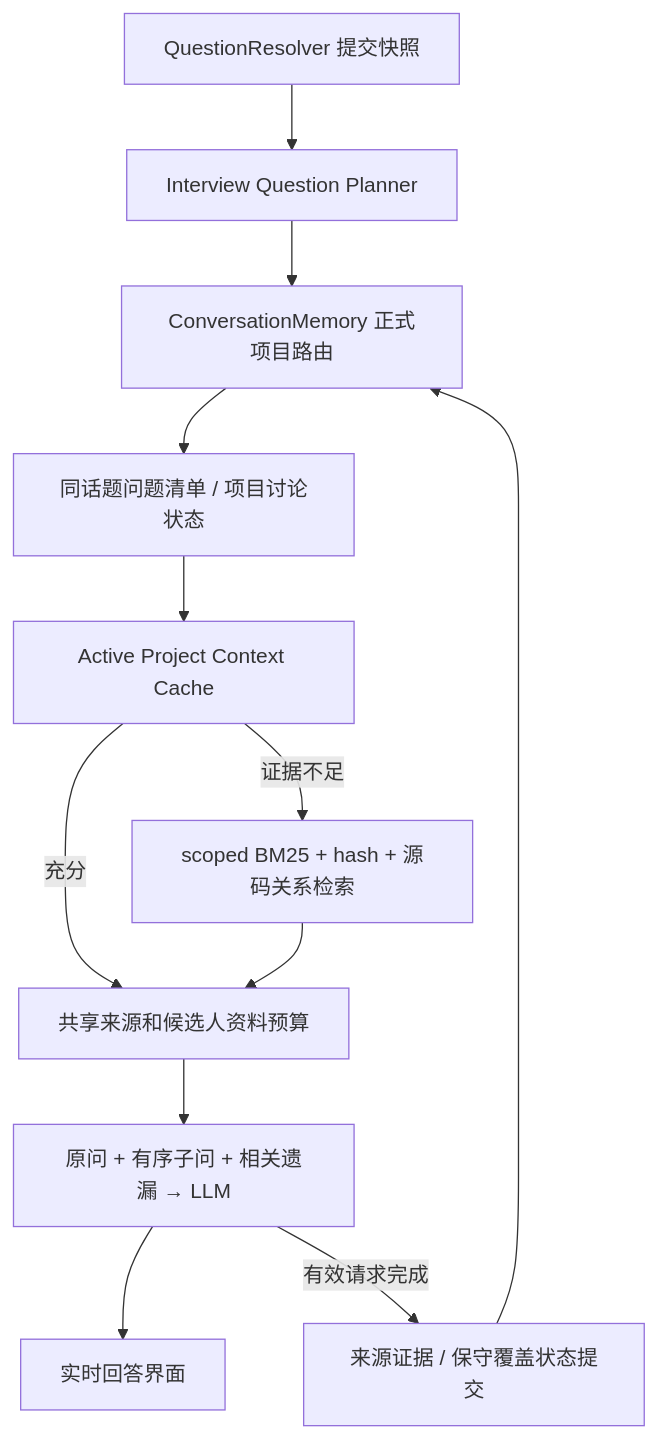
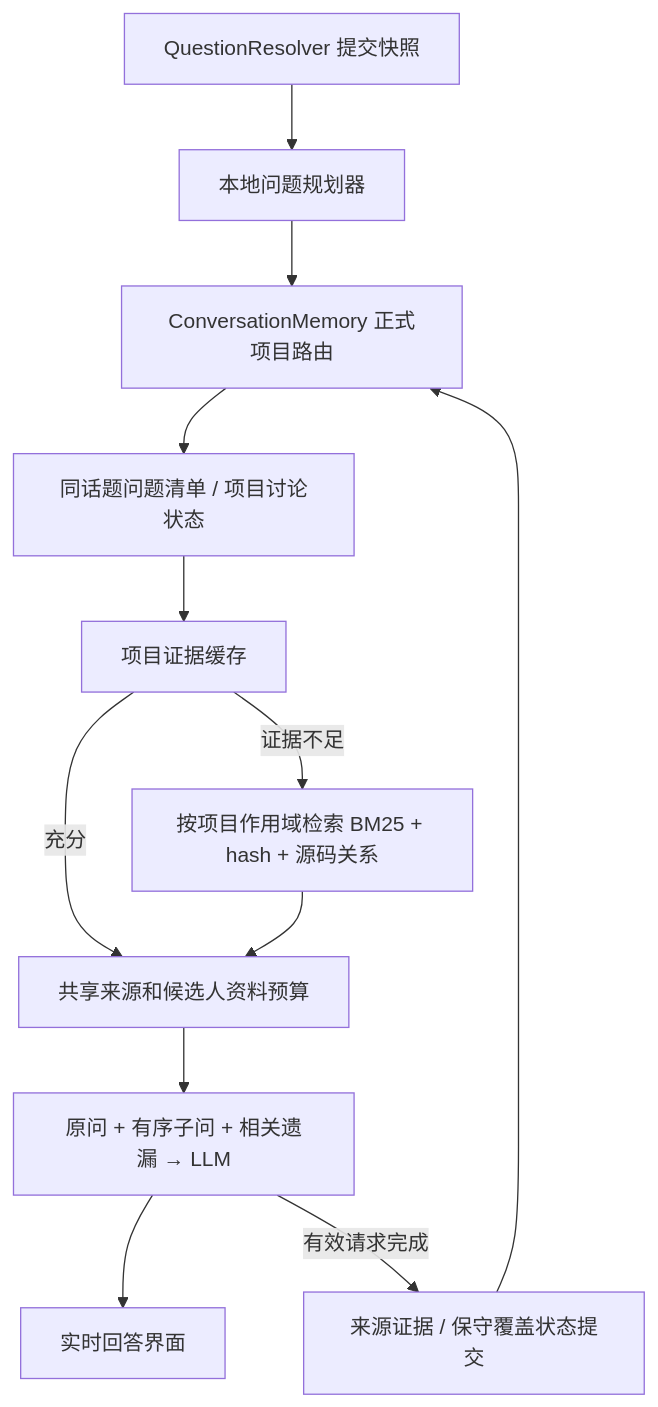
One commit to Astrea-296111/cue changed the diagram in docs/interview-agent.md. Above: the diagram before and after it, drawn with Mermaid. The commit also changed other lines of this file and 39 other files, not shown here.

````diff
--- a/docs/interview-agent.md
+++ b/docs/interview-agent.md
@@ -5,14 +5,14 @@
 ```mermaid
 flowchart TD
-    Q[QuestionResolver 提交快照] --> P[Interview Question Planner]
+    Q[QuestionResolver 提交快照] --> P[本地问题规划器]
     P --> M[ConversationMemory 正式项目路由]
     M --> C[同话题问题清单 / 项目讨论状态]
-    C --> E[Active Project Context Cache]
-    E -->|证据不足| R[scoped BM25 + hash + 源码关系检索]
+    C --> E[项目证据缓存]
+    E -->|证据不足| R[按项目作用域检索 BM25 + hash + 源码关系]
     E -->|充分| B[共享来源和候选人资料预算]
     R --> B
     B --> L[原问 + 有序子问 + 相关遗漏 → LLM]
     L --> U[实时回答界面]
     L -->|有效请求完成| S[来源证据 / 保守覆盖状态提交]
     S --> M
 ```
````
